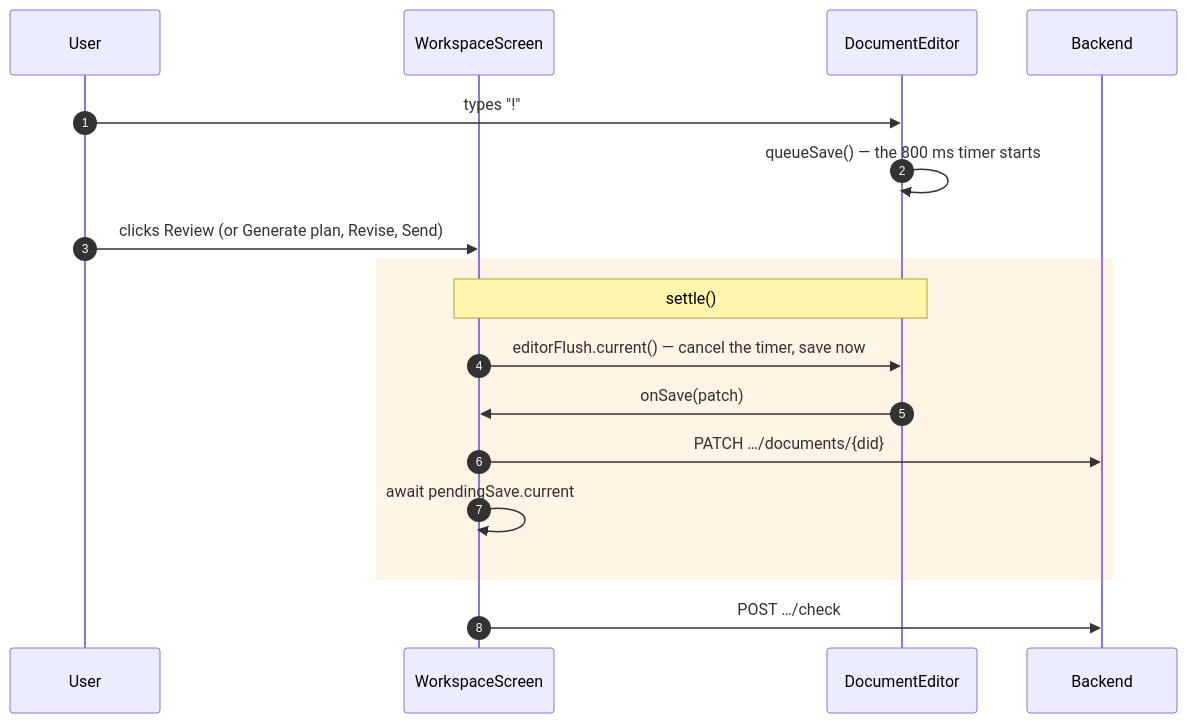
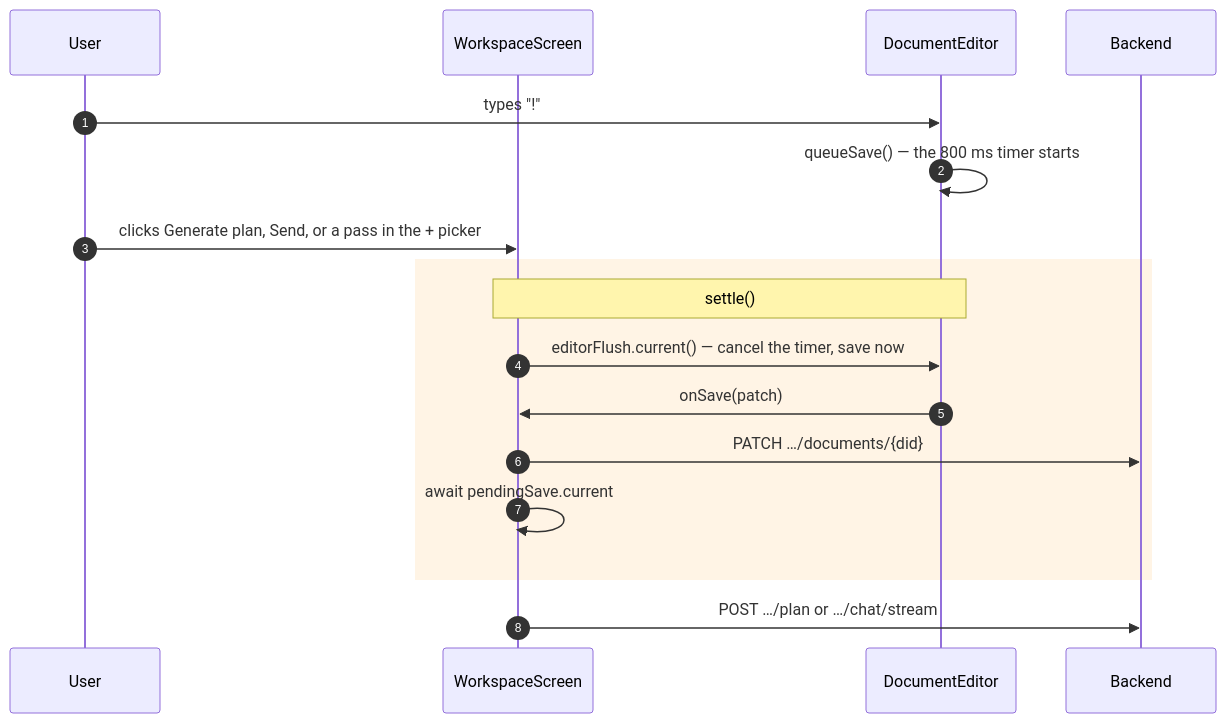
The fourth of 6 diagrams in docs/diagrams/05-frontend-flows.md (Akazz-L/maya), drawn with Mermaid before and after one commit. The commit also changed other lines of this file and 60 other files, not shown here.

Commit message:
feat: Review passes in the chat, with fixes accepted one at a time (#20)

````diff
--- a/docs/diagrams/05-frontend-flows.md
+++ b/docs/diagrams/05-frontend-flows.md
@@ -115,20 +115,20 @@
 ```mermaid
 sequenceDiagram
     autonumber
     participant U as User
     participant WS as WorkspaceScreen
     participant ED as DocumentEditor
     participant BE as Backend
 
     U->>ED: types "!"
     ED->>ED: queueSave() — the 800 ms timer starts
-    U->>WS: clicks Review (or Generate plan, Revise, Send)
+    U->>WS: clicks Generate plan, Send, or a pass in the + picker
     rect rgb(255, 244, 229)
         Note over WS,ED: settle()
         WS->>ED: editorFlush.current() — cancel the timer, save now
         ED->>WS: onSave(patch)
         WS->>BE: PATCH …/documents/{did}
         WS->>WS: await pendingSave.current
     end
-    WS->>BE: POST …/check
+    WS->>BE: POST …/plan or …/chat/stream
 ```
````
